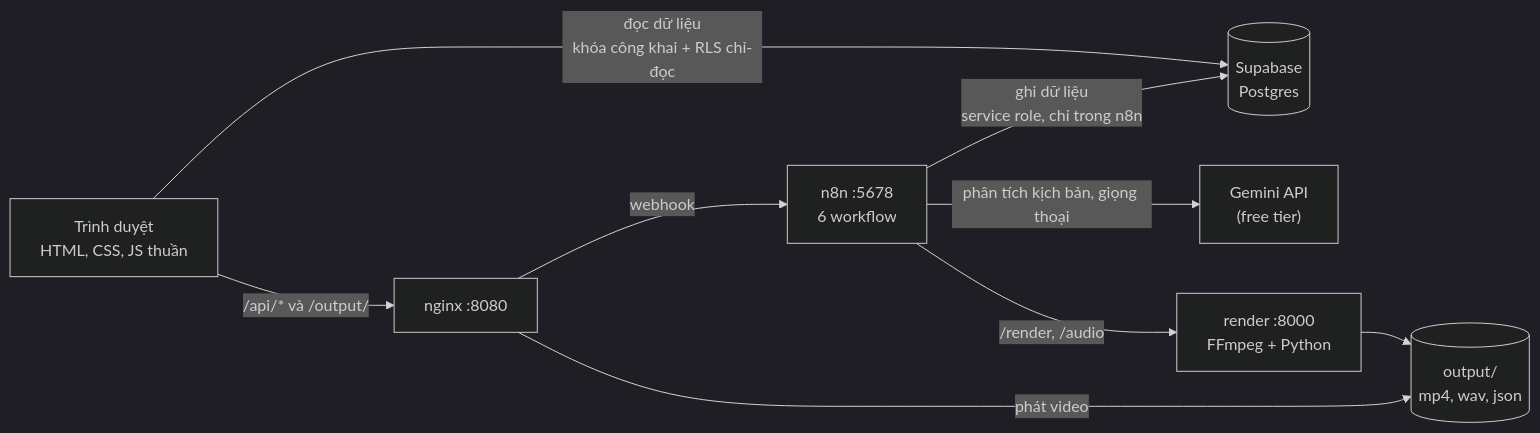
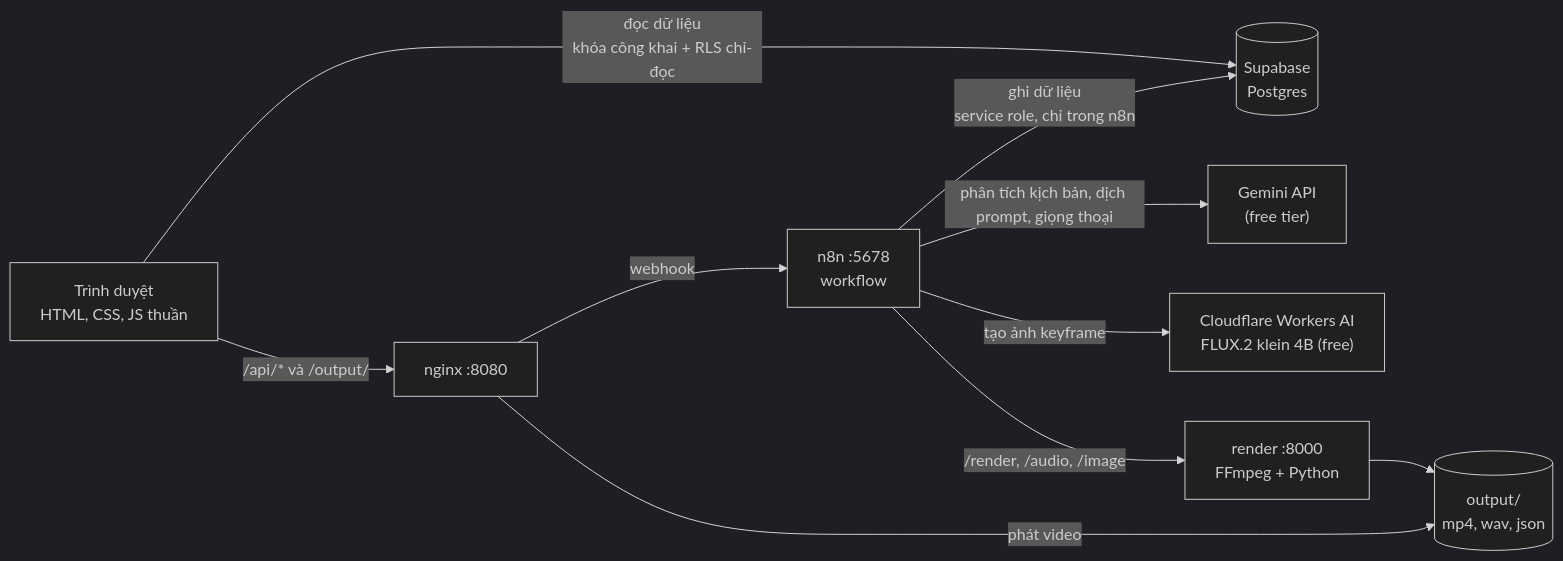
Before and after one commit to qkimhung911-prog/storyforge: the first of 2 diagrams in README.md, drawn with Mermaid (dark theme). The commit also changed other lines of this file and 12 other files, not shown here.

Commit message:
Add real keyframe images with Cloudflare FLUX.2

````diff
--- a/README.md
+++ b/README.md
@@ -28,11 +29,12 @@
 ```mermaid
 flowchart LR
   B["Trình duyệt<br/>HTML, CSS, JS thuần"] -->|"đọc dữ liệu<br/>khóa công khai + RLS chỉ-đọc"| DB[("Supabase<br/>Postgres")]
   B -->|"/api/* và /output/"| NG["nginx :8080"]
-  NG -->|webhook| N8["n8n :5678<br/>6 workflow"]
-  N8 -->|"phân tích kịch bản, giọng thoại"| G["Gemini API<br/>(free tier)"]
+  NG -->|webhook| N8["n8n :5678<br/>workflow"]
+  N8 -->|"phân tích kịch bản, dịch prompt, giọng thoại"| G["Gemini API<br/>(free tier)"]
+  N8 -->|"tạo ảnh keyframe"| CF["Cloudflare Workers AI<br/>FLUX.2 klein 4B (free)"]
   N8 -->|"ghi dữ liệu<br/>service role, chỉ trong n8n"| DB
-  N8 -->|"/render, /audio"| R["render :8000<br/>FFmpeg + Python"]
+  N8 -->|"/render, /audio, /image"| R["render :8000<br/>FFmpeg + Python"]
   R --> O[("output/<br/>mp4, wav, json")]
   NG -->|"phát video"| O
 ```
````
